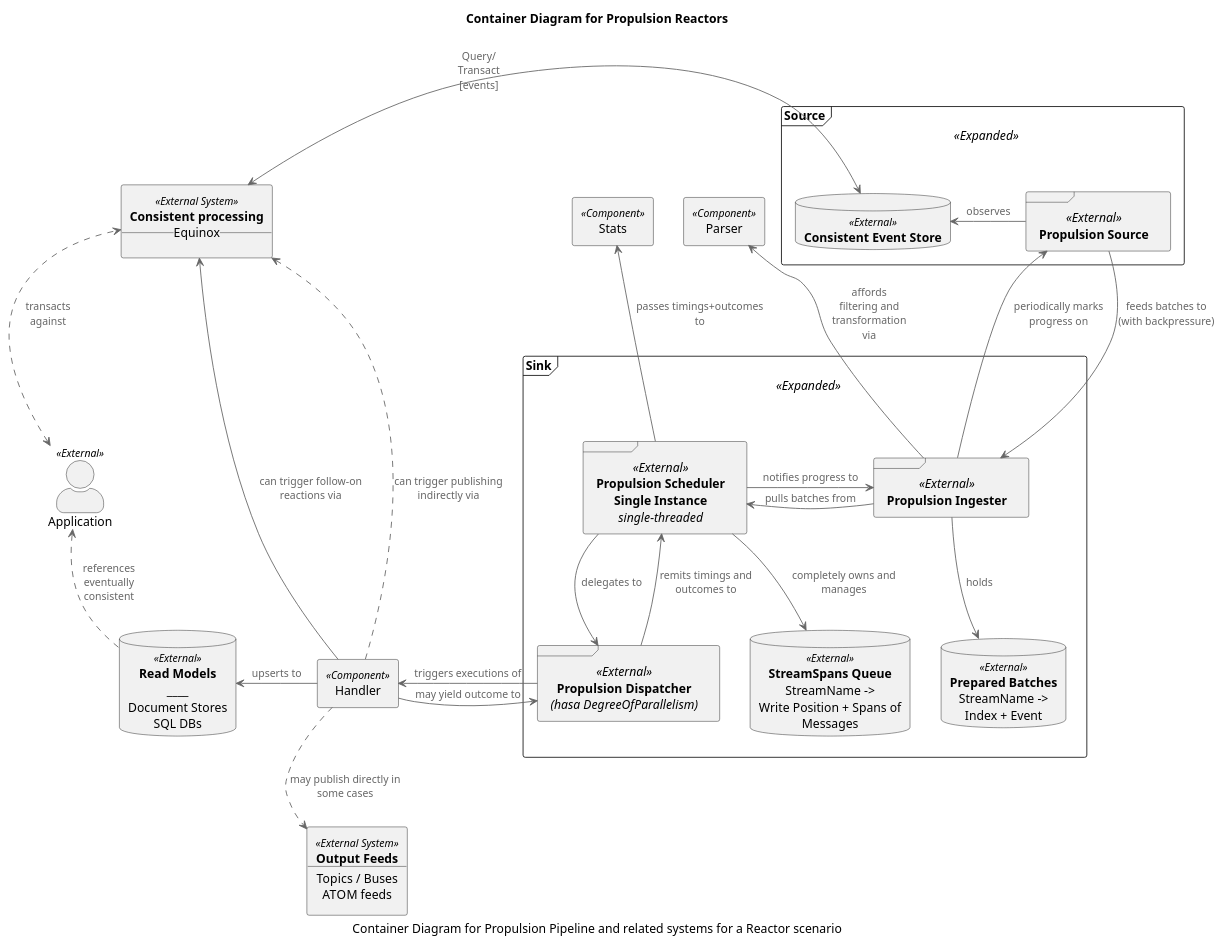
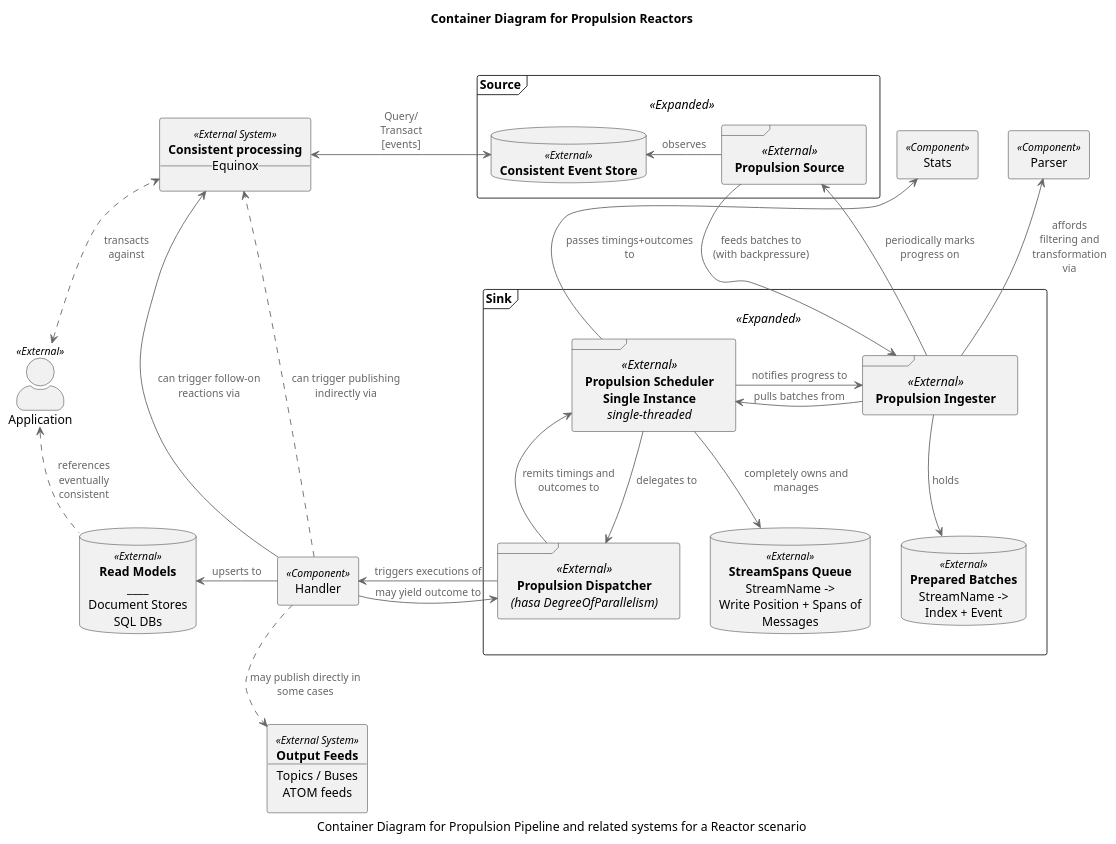
The diagram in diagrams/ReactorsContainer.puml (jet/propulsion), drawn with PlantUML before and after one commit. The commit also changed 1 other file, not shown here.

```diff
--- a/diagrams/ReactorsContainer.puml
+++ b/diagrams/ReactorsContainer.puml
@@ -1,118 +1,119 @@
 @startuml
 !includeurl https://raw.githubusercontent.com/skleanthous/C4-PlantumlSkin/master/build/output/c4.puml
 
 title Container Diagram for Propulsion Reactors
 caption Container Diagram for Propulsion Pipeline and related systems for a Reactor scenario
 
 actor "Application" <<External>> as apps
 
 frame Source <<Expanded>> {
     frame source <<External>> [
         **Propulsion Source**
     ]
     database store <<External>> [
         **Consistent Event Store**
     ]
 }
 
 frame Sink <<Expanded>> {
     frame ingester <<External>> [
         **Propulsion Ingester**
     ]
     frame scheduler <<External>> [
         **Propulsion Scheduler**
         **Single Instance**
         //single-threaded//
     ] 
     frame dispatcher <<External>> [
         **Propulsion Dispatcher**
         //(hasa DegreeOfParallelism)//
     ]
     together {
         database batches <<External>> [
             **Prepared Batches**
             StreamName ->
             Index + Event
         ]
         database queue <<External>> [
             **StreamSpans Queue**
             StreamName ->
             Write Position + Spans of Messages 
         ]
     }
 }
 
 rectangle stats <<Component>> [
     Stats
 ]
 
 rectangle parser <<Component>> [
     Parser
 ]
 
 rectangle handler <<Component>> [
     Handler
 ]
 
 database caches <<External>> [
     **Read Models**
     ____ 
     Document Stores
     SQL DBs
 ]
 
 rectangle services <<External System>> [
     **Consistent processing**
     __Equinox__
 ]
 
 rectangle outputs <<External System>> [
     **Output Feeds**
     ____
     Topics / Buses
     ATOM feeds
 ]
 
 source       -> store      : observes
 source       -> ingester   : feeds batches to\n(with backpressure)
 ingester     -> source     : periodically marks progress on
 ingester     -> parser     : affords\nfiltering and transformation\nvia
 ingester     -> batches    : holds
 scheduler   <-  ingester   : pulls batches from
 scheduler    -> ingester   : notifies progress to
 scheduler    -> stats      : passes timings+outcomes to
 scheduler    -> dispatcher : delegates to
 scheduler    -> queue      : completely owns and manages
 dispatcher   -> handler    : triggers executions of
 dispatcher  <-  handler    : may yield outcome to
 dispatcher   -> scheduler  : remits timings and outcomes to
 
 handler      -> services   : can trigger follow-on reactions via
 handler      -> caches     : upserts to
 handler      .> services   : can trigger publishing indirectly via
 handler      .> outputs    : may publish directly in some cases
 
 apps        <.> services   : transacts\nagainst
 apps        <.  caches     : references\neventually\nconsistent
 services    <-> store      : Query/\nTransact\n[events]
 
 stats       -[hidden]R->   parser
 store       -[hidden]R->   source
 store       -[hidden]D->   ingester
 source      -[hidden]D->   ingester
 ingester    -[hidden]L->   scheduler
 ingester    -[hidden]D->   batches
 ingester    -[hidden]U->   parser
 scheduler   -[hidden]D->   dispatcher
 scheduler   -[hidden]U->   stats
 dispatcher  -[hidden]L->   handler
 dispatcher  -[hidden]R->   queue
 
 handler     -[hidden]U->   services
 handler     -[hidden]U->   outputs
 handler     -[hidden]L->   caches
 
 apps        -[hidden]U->   services
 services    -[hidden]D->   apps
+services    -[hidden]R->   stats
 
 @enduml
```
